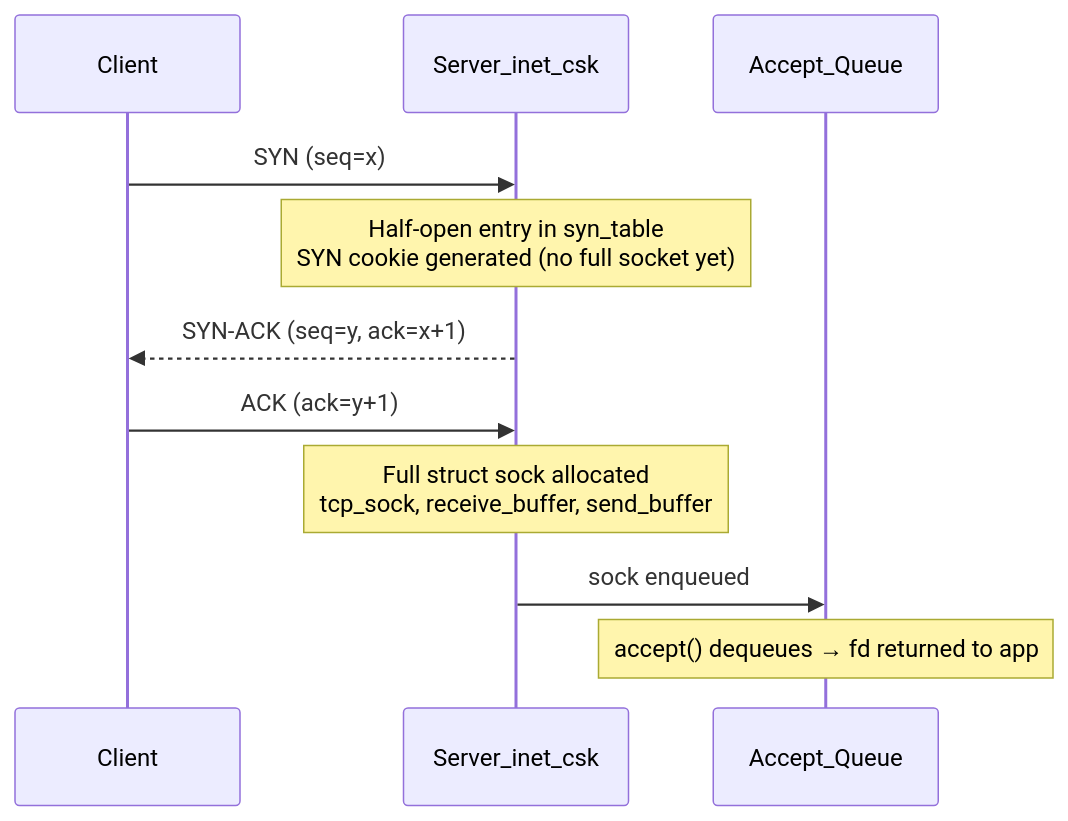
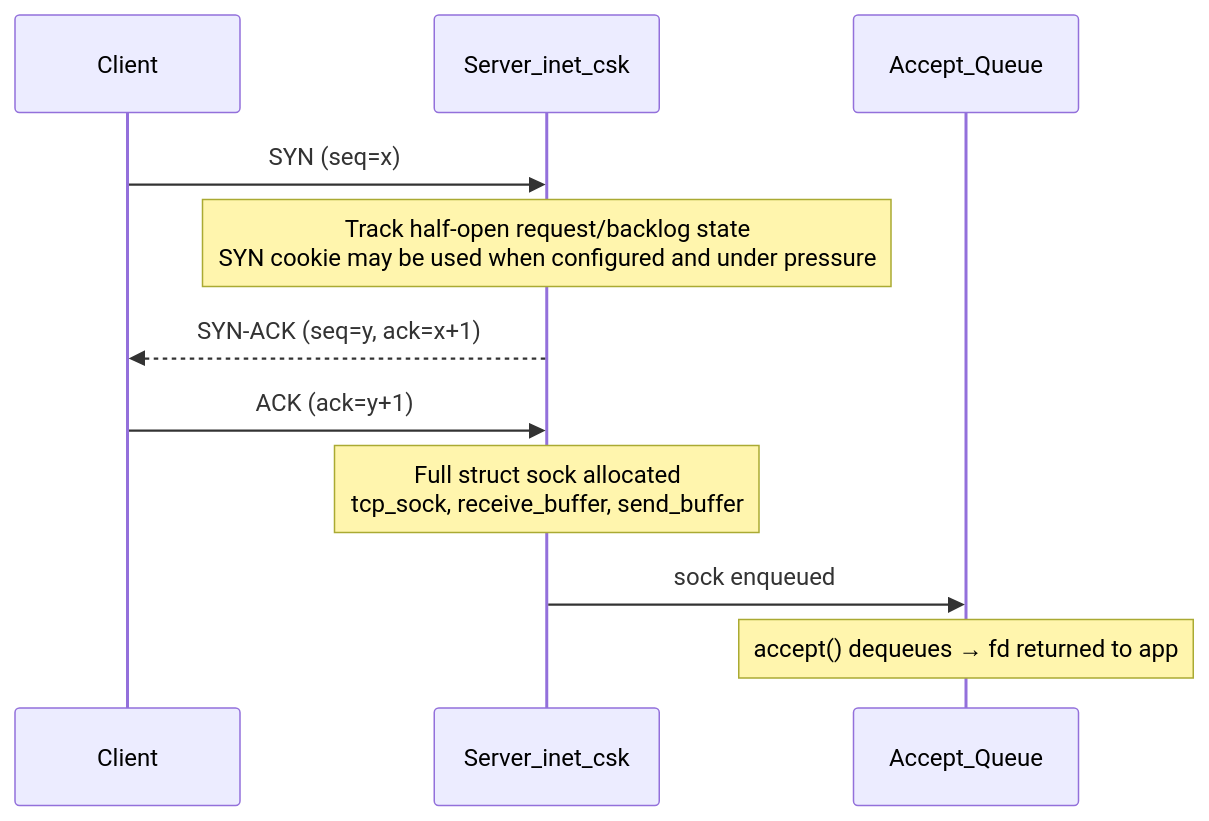
The fourth of 25 diagrams in content/docs/books/cs-reference/ko/networking-internals.md (choisimo/document), drawn with Mermaid before and after one commit. The commit also changed other lines of this file and 504 other files, not shown here.

````diff
--- a/content/docs/books/cs-reference/ko/networking-internals.md
+++ b/content/docs/books/cs-reference/ko/networking-internals.md
@@ -82,14 +84,14 @@
 ```mermaid
 sequenceDiagram
     participant Client
     participant Server_inet_csk
     participant Accept_Queue
 
     Client->>Server_inet_csk: SYN (seq=x)
-    Note over Server_inet_csk: Half-open entry in syn_table<br/>SYN cookie generated (no full socket yet)
+    Note over Server_inet_csk: Track half-open request/backlog state<br/>SYN cookie may be used when configured and under pressure
     Server_inet_csk-->>Client: SYN-ACK (seq=y, ack=x+1)
     Client->>Server_inet_csk: ACK (ack=y+1)
     Note over Server_inet_csk: Full struct sock allocated<br/>tcp_sock, receive_buffer, send_buffer
     Server_inet_csk->>Accept_Queue: sock enqueued
     Note over Accept_Queue: accept() dequeues → fd returned to app
 ```
````
